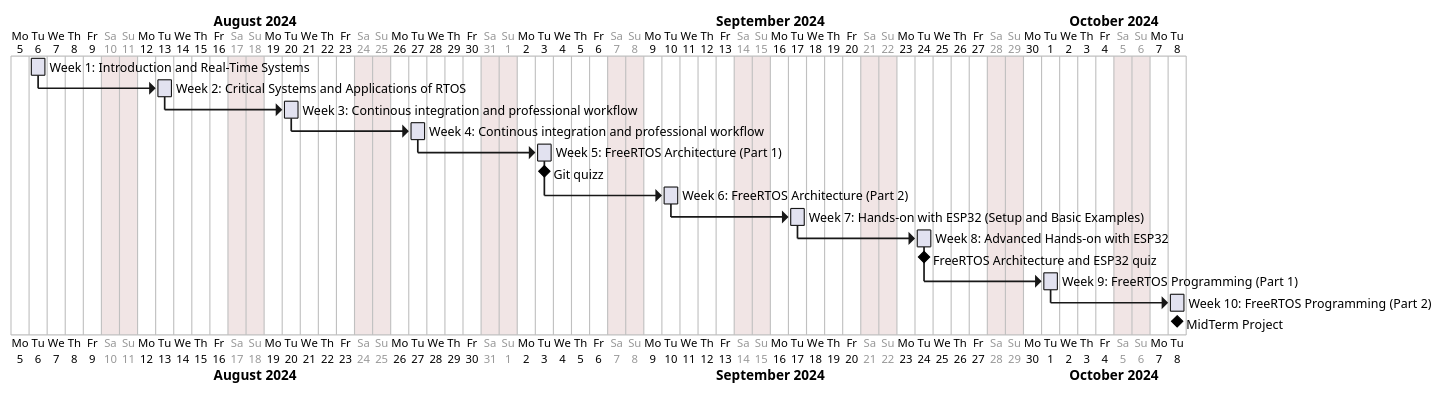
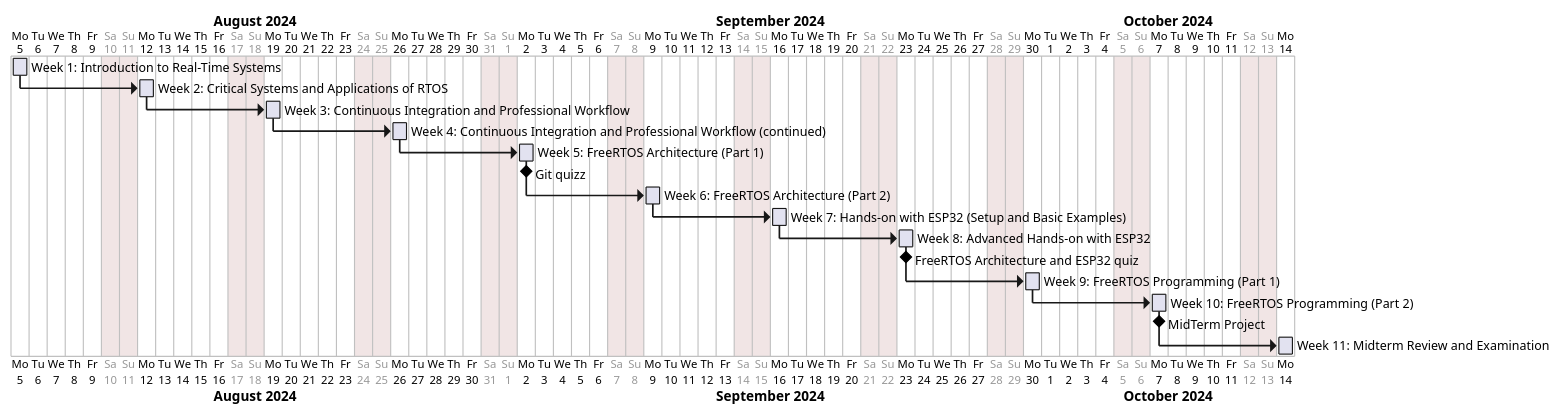
Before and after one commit to Tonix22/FreeRTOSCourse: the diagram in Documentation/CourseContent/PlanningPart1.puml, drawn with PlantUML. The commit also changed 8 other files, not shown here.

Commit message:
Plantuml sync yeiii is 2 am morning =(

```diff
--- a/Documentation/CourseContent/PlanningPart1.puml
+++ b/Documentation/CourseContent/PlanningPart1.puml
@@ -1,21 +1,21 @@
 @startgantt
 saturday are closed
 sunday are closed
 
-Project starts the 5th of August 2024
+Project starts the 05th of August 2024
 
-[Week 1: Introduction and Real-Time Systems] as [W1] starts at 2024-08-06 and lasts 1 day
-[Week 2: Critical Systems and Applications of RTOS] as [W2] starts 6 day after [W1]'s end and lasts 1 day
-[Week 3: Continous integration and professional workflow] as [W3] starts 6 day after [W2]'s end and lasts 1 day
-[Week 4: Continous integration and professional workflow] as [W4] starts 6 day after [W3]'s end and lasts 1 day
-[Week 5: FreeRTOS Architecture (Part 1)] as [W5] starts 6 day after [W4]'s end and lasts 1 day
+[Week 1: Introduction to Real-Time Systems] as [W1] starts at 2024-08-05 and lasts 1 day
+[Week 2: Critical Systems and Applications of RTOS] as [W2] starts 6 days after [W1]'s end and lasts 1 day
+[Week 3: Continuous Integration and Professional Workflow] as [W3] starts 6 days after [W2]'s end and lasts 1 day
+[Week 4: Continuous Integration and Professional Workflow (continued)] as [W4] starts 6 days after [W3]'s end and lasts 1 day
+[Week 5: FreeRTOS Architecture (Part 1)] as [W5] starts 6 days after [W4]'s end and lasts 1 day
 [Git quizz] happens at [W5]'s end
-[Week 6: FreeRTOS Architecture (Part 2)] as [W6] starts 6 day after [W5]'s end and lasts 1 day
-[Week 7: Hands-on with ESP32 (Setup and Basic Examples)] as [W7] starts 6 day after [W6]'s end and lasts 1 day
-[Week 8: Advanced Hands-on with ESP32] as [W8] starts 6 day after [W7]'s end and lasts 1 day
+[Week 6: FreeRTOS Architecture (Part 2)] as [W6] starts 6 days after [W5]'s end and lasts 1 day
+[Week 7: Hands-on with ESP32 (Setup and Basic Examples)] as [W7] starts 6 days after [W6]'s end and lasts 1 day
+[Week 8: Advanced Hands-on with ESP32] as [W8] starts 6 days after [W7]'s end and lasts 1 day
 [FreeRTOS Architecture and ESP32 quiz] happens at [W8]'s end
-[Week 9: FreeRTOS Programming (Part 1)] as [W9] starts 6 day after [W8]'s end and lasts 1 day
-[Week 10: FreeRTOS Programming (Part 2)] as [W10] starts 6 day after [W9]'s end and lasts 1 day
+[Week 9: FreeRTOS Programming (Part 1)] as [W9] starts 6 days after [W8]'s end and lasts 1 day
+[Week 10: FreeRTOS Programming (Part 2)] as [W10] starts 6 days after [W9]'s end and lasts 1 day
 [MidTerm Project] happens at [W10]'s end
-
+[Week 11: Midterm Review and Examination] as [W11] starts 6 days after [W10]'s end and lasts 1 day
 @endgantt
```
